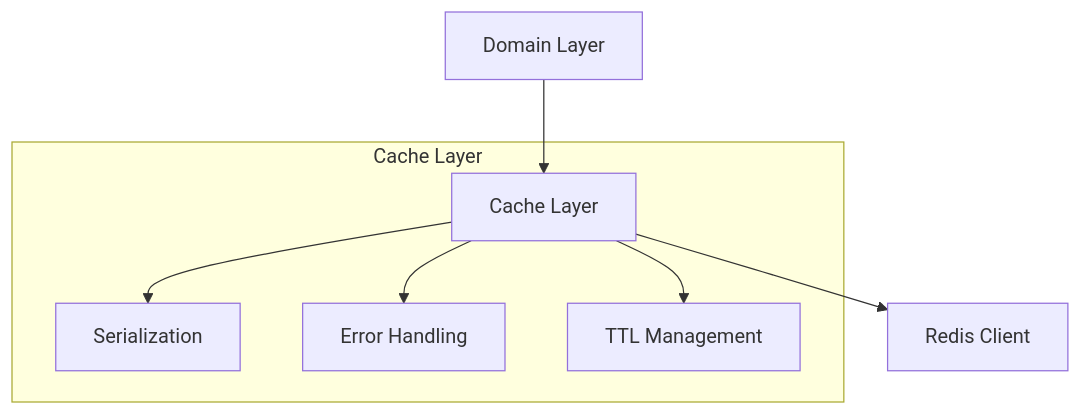
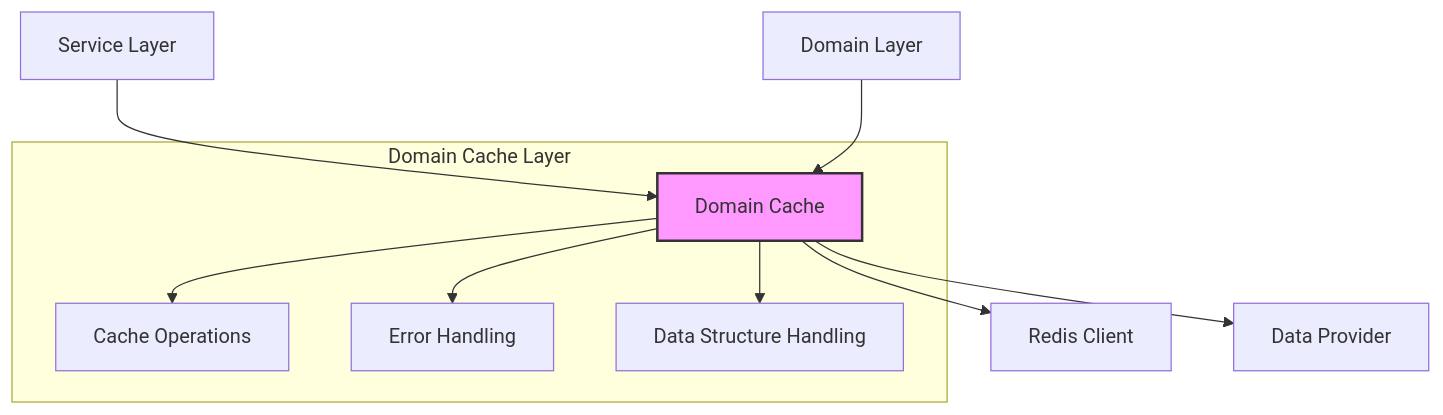
The first of 2 diagrams in documentation/design/Redis_Cache.md (tonglam/letletme_data), drawn with Mermaid before and after one commit. The commit also changed other lines of this file and 93 other files, not shown here.

````diff
--- a/documentation/design/Redis_Cache.md
+++ b/documentation/design/Redis_Cache.md
@@ -26,11 +32,15 @@
 ```mermaid
 graph TD
-    A[Domain Layer] --> B[Cache Layer]
+    A[Service Layer] --> B[Domain Cache]
     B --> C[Redis Client]
+    B --> D[Data Provider]
+    E[Domain Layer] --> B
 
-    subgraph "Cache Layer"
-        B --> D[Serialization]
-        B --> E[Error Handling]
-        B --> F[TTL Management]
+    subgraph "Domain Cache Layer"
+        B --> F[Cache Operations]
+        B --> G[Error Handling]
+        B --> H[Data Structure Handling]
     end
+
+    style B fill:#f9f,stroke:#333,stroke-width:2px
 ```
````
